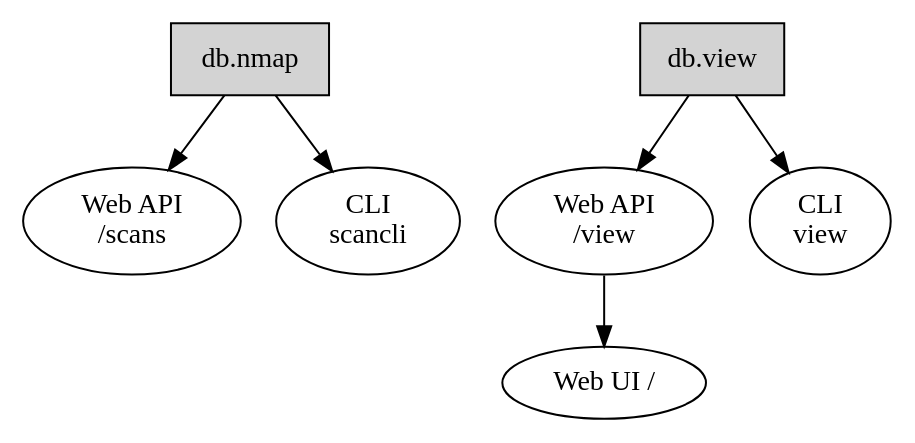
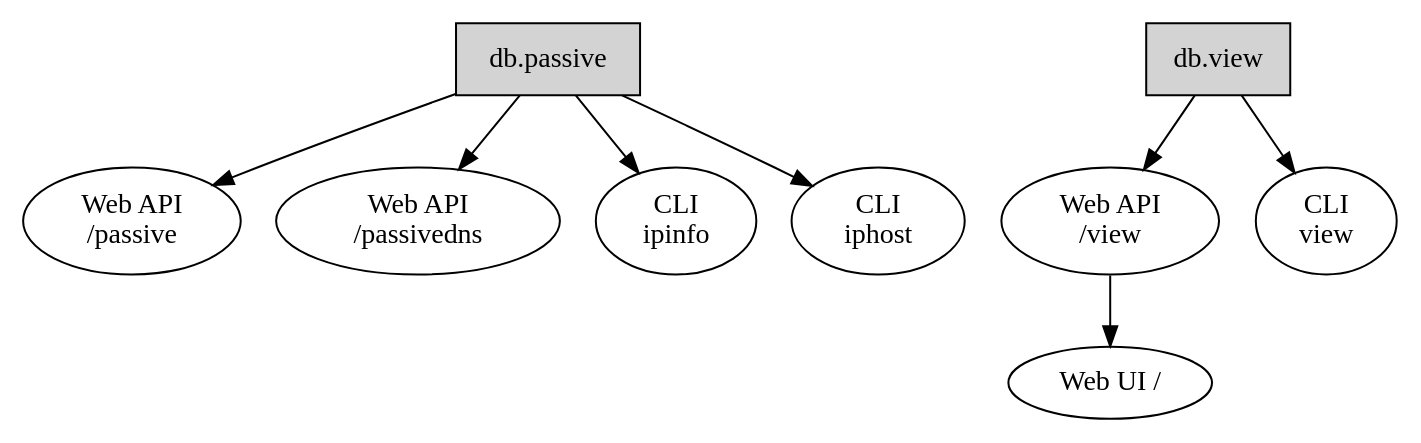
The third of 3 diagrams in doc/overview/principles.rst (ivre/ivre), drawn with Graphviz before and after one commit. The commit also changed 78 other files, not shown here.

Commit message:
Doc: update passive Web APIs

```diff
--- a/doc/overview/principles.rst
+++ b/doc/overview/principles.rst
@@ -128,16 +128,20 @@
 .. graphviz::
 
    digraph {
-      db_nmap [label="db.nmap" shape="box" style="filled"];
+      db_passive [label="db.passive" shape="box" style="filled"];
       db_view [label="db.view" shape="box" style="filled"];
-      web_api_scans [label="Web API\n/scans"];
+      web_api_passive [label="Web API\n/passive"];
+      web_api_passivedns [label="Web API\n/passivedns"];
       web_api_view [label="Web API\n/view"];
       web_ui_view [label="Web UI /"];
-      cli_scancli [label="CLI\nscancli"];
+      cli_ipinfo [label="CLI\nipinfo"];
+      cli_iphost [label="CLI\niphost"];
       cli_view [label="CLI\nview"];
-      db_nmap -> web_api_scans;
       db_view -> web_api_view;
       web_api_view -> web_ui_view;
-      db_nmap -> cli_scancli;
       db_view -> cli_view;
+      db_passive -> web_api_passive;
+      db_passive -> web_api_passivedns;
+      db_passive -> cli_ipinfo;
+      db_passive -> cli_iphost;
   }
```
